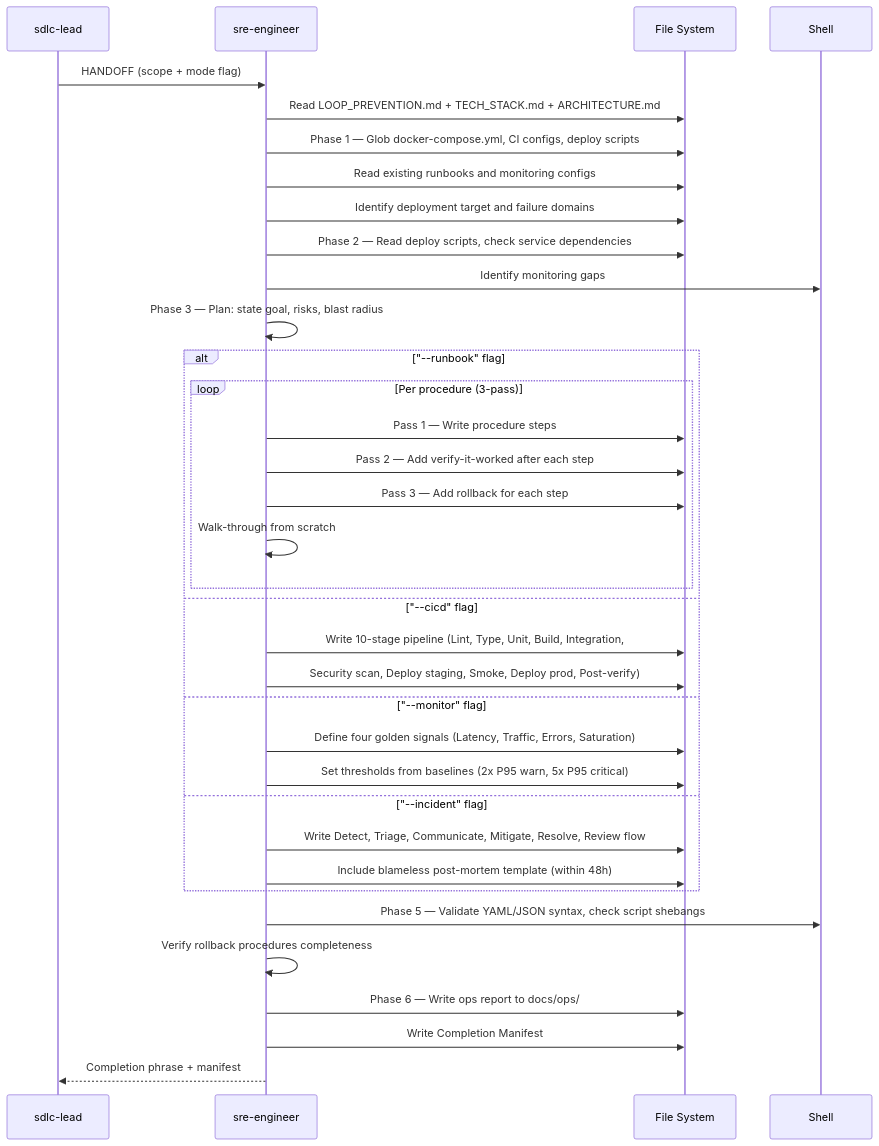
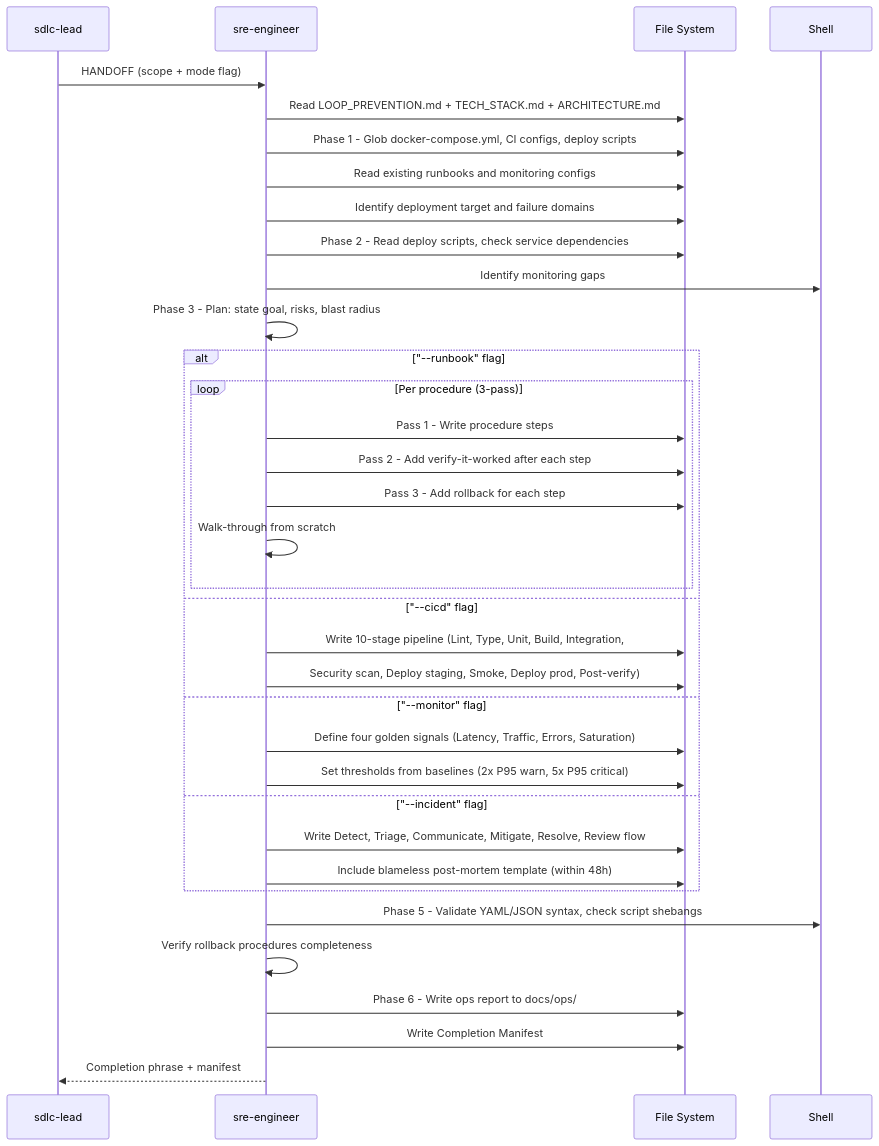
One commit to bpmforge/attest changed the diagram in docs/review/05-agents/14-sre-engineer.md. Above: the diagram before and after it, drawn with Mermaid. The commit also changed 28 other files, not shown here.

First line of the commit message:
docs: refresh all docs for v1.1-v1.6 + autofix mermaid in review book

````diff
--- a/docs/review/05-agents/14-sre-engineer.md
+++ b/docs/review/05-agents/14-sre-engineer.md
@@ -13,42 +13,42 @@
 ```mermaid
 sequenceDiagram
     participant LEAD as sdlc-lead
     participant SRE as sre-engineer
     participant FS as File System
     participant SH as Shell
 
     LEAD->>SRE: HANDOFF (scope + mode flag)
     SRE->>FS: Read LOOP_PREVENTION.md + TECH_STACK.md + ARCHITECTURE.md
-    SRE->>FS: Phase 1 — Glob docker-compose.yml, CI configs, deploy scripts
+    SRE->>FS: Phase 1 - Glob docker-compose.yml, CI configs, deploy scripts
     SRE->>FS: Read existing runbooks and monitoring configs
     SRE->>FS: Identify deployment target and failure domains
 
-    SRE->>FS: Phase 2 — Read deploy scripts, check service dependencies
+    SRE->>FS: Phase 2 - Read deploy scripts, check service dependencies
     SRE->>SH: Identify monitoring gaps
 
-    SRE->>SRE: Phase 3 — Plan: state goal, risks, blast radius
+    SRE->>SRE: Phase 3 - Plan: state goal, risks, blast radius
 
     alt "--runbook" flag
         loop Per procedure (3-pass)
-            SRE->>FS: Pass 1 — Write procedure steps
-            SRE->>FS: Pass 2 — Add verify-it-worked after each step
-            SRE->>FS: Pass 3 — Add rollback for each step
+            SRE->>FS: Pass 1 - Write procedure steps
+            SRE->>FS: Pass 2 - Add verify-it-worked after each step
+            SRE->>FS: Pass 3 - Add rollback for each step
             SRE->>SRE: Walk-through from scratch
         end
     else "--cicd" flag
         SRE->>FS: Write 10-stage pipeline (Lint, Type, Unit, Build, Integration,
         SRE->>FS: Security scan, Deploy staging, Smoke, Deploy prod, Post-verify)
     else "--monitor" flag
         SRE->>FS: Define four golden signals (Latency, Traffic, Errors, Saturation)
         SRE->>FS: Set thresholds from baselines (2x P95 warn, 5x P95 critical)
     else "--incident" flag
         SRE->>FS: Write Detect, Triage, Communicate, Mitigate, Resolve, Review flow
         SRE->>FS: Include blameless post-mortem template (within 48h)
     end
 
-    SRE->>SH: Phase 5 — Validate YAML/JSON syntax, check script shebangs
+    SRE->>SH: Phase 5 - Validate YAML/JSON syntax, check script shebangs
     SRE->>SRE: Verify rollback procedures completeness
-    SRE->>FS: Phase 6 — Write ops report to docs/ops/
+    SRE->>FS: Phase 6 - Write ops report to docs/ops/
     SRE->>FS: Write Completion Manifest
     SRE-->>LEAD: Completion phrase + manifest
 ```
````
